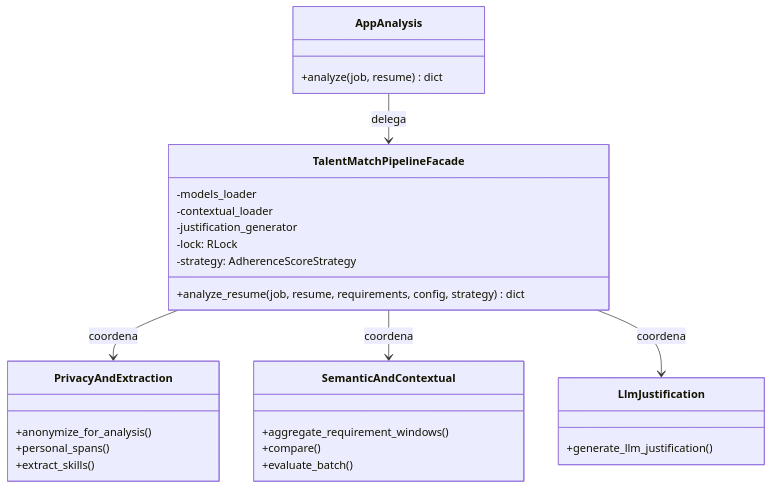
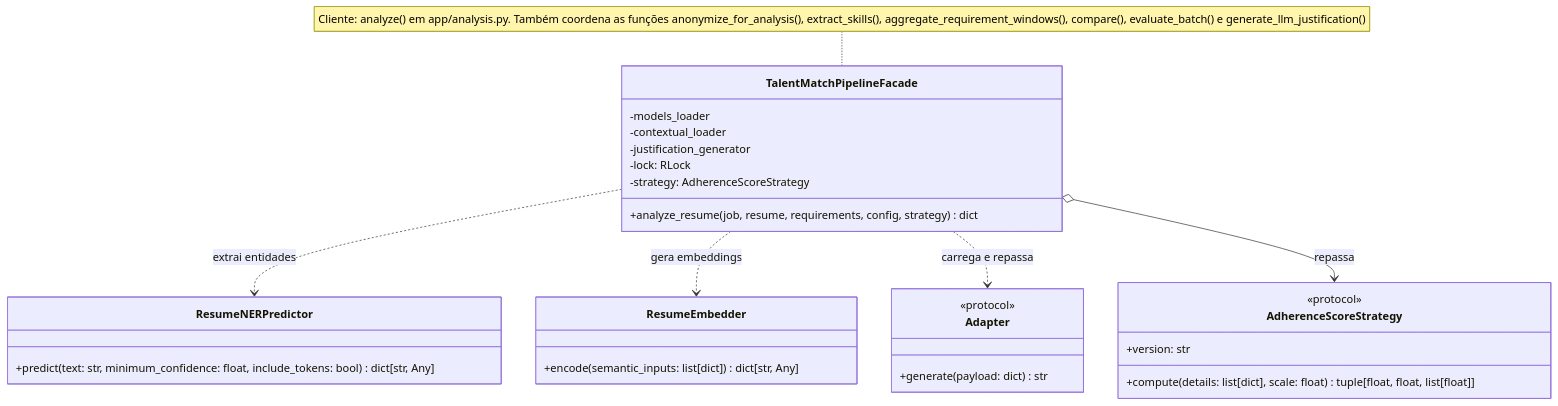
Before and after one commit to Makezuko/SI-PI6-2026-T101-G04: the diagram in diagrams/gof-facade.mmd, drawn with Mermaid. The commit also changed 7 other files, not shown here.

Commit message:
docs(arquitetura): corrige C4 nível 2, diagramas GoF e conectores conforme revisão

```diff
--- a/diagrams/gof-facade.mmd
+++ b/diagrams/gof-facade.mmd
@@ -1,30 +1,30 @@
 classDiagram
-    class AppAnalysis {
-        +analyze(job, resume) dict
-    }
     class TalentMatchPipelineFacade {
         -models_loader
         -contextual_loader
         -justification_generator
         -lock: RLock
         -strategy: AdherenceScoreStrategy
         +analyze_resume(job, resume, requirements, config, strategy) dict
     }
-    class PrivacyAndExtraction {
-        +anonymize_for_analysis()
-        +personal_spans()
-        +extract_skills()
+    class ResumeNERPredictor {
+        +predict(text: str, minimum_confidence: float, include_tokens: bool) dict[str, Any]
     }
-    class SemanticAndContextual {
-        +aggregate_requirement_windows()
-        +compare()
-        +evaluate_batch()
+    class ResumeEmbedder {
+        +encode(semantic_inputs: list[dict]) dict[str, Any]
     }
-    class LlmJustification {
-        +generate_llm_justification()
+    class Adapter {
+        <<protocol>>
+        +generate(payload: dict) str
+    }
+    class AdherenceScoreStrategy {
+        <<protocol>>
+        +version: str
+        +compute(details: list[dict], scale: float) tuple[float, float, list[float]]
     }
 
-    AppAnalysis --> TalentMatchPipelineFacade : delega
-    TalentMatchPipelineFacade --> PrivacyAndExtraction : coordena
-    TalentMatchPipelineFacade --> SemanticAndContextual : coordena
-    TalentMatchPipelineFacade --> LlmJustification : coordena
+    TalentMatchPipelineFacade ..> ResumeNERPredictor : extrai entidades
+    TalentMatchPipelineFacade ..> ResumeEmbedder : gera embeddings
+    TalentMatchPipelineFacade ..> Adapter : carrega e repassa
+    TalentMatchPipelineFacade o--> AdherenceScoreStrategy : repassa
+    note for TalentMatchPipelineFacade "Cliente: analyze() em app/analysis.py. Também coordena as funções anonymize_for_analysis(), extract_skills(), aggregate_requirement_windows(), compare(), evaluate_batch() e generate_llm_justification()"
```
